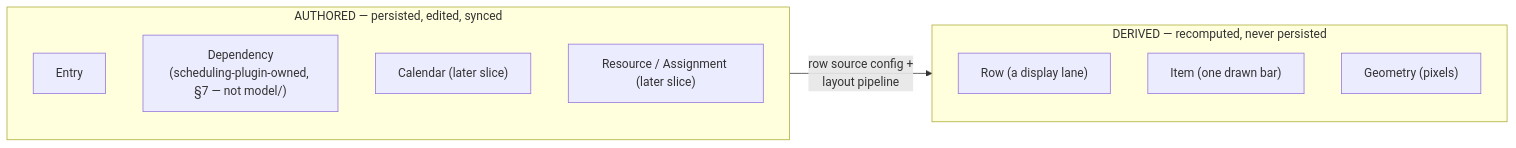
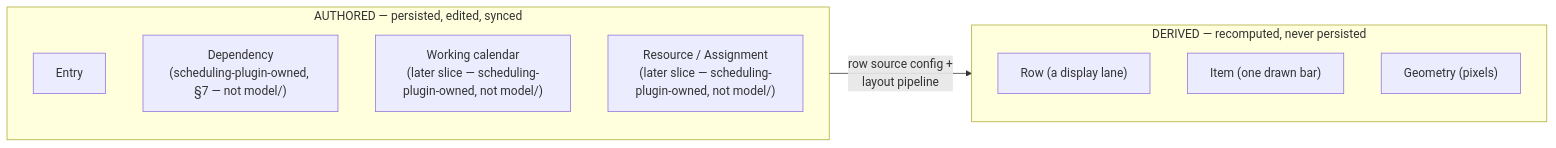
The second of 6 diagrams in plans/01-domain-architecture.md (freegantt/freegantt), drawn with Mermaid before and after one commit. The commit also changed other lines of this file and 2 other files, not shown here.

First line of the commit message:
Close glossary gaps flagged in #53: Reference date, Pinned, Group rollup, PluginContext, reserved scheduling entities

````diff
--- a/plans/01-domain-architecture.md
+++ b/plans/01-domain-architecture.md
@@ -94,19 +94,19 @@
 ```mermaid
 flowchart LR
   subgraph authored["AUTHORED — persisted, edited, synced"]
     direction TB
     T["Entry"]
     DEP["Dependency<br/>(scheduling-plugin-owned, §7 — not model/)"]
-    CAL["Calendar (later slice)"]
-    RES["Resource / Assignment (later slice)"]
+    CAL["Working calendar<br/>(later slice — scheduling-plugin-owned, not model/)"]
+    RES["Resource / Assignment<br/>(later slice — scheduling-plugin-owned, not model/)"]
   end
 
   subgraph derived["DERIVED — recomputed, never persisted"]
     direction TB
     ROW["Row (a display lane)"]
     ITEM["Item (one drawn bar)"]
     GEO["Geometry (pixels)"]
   end
 
   authored -->|"row source config +<br/>layout pipeline"| derived
 ```
````
